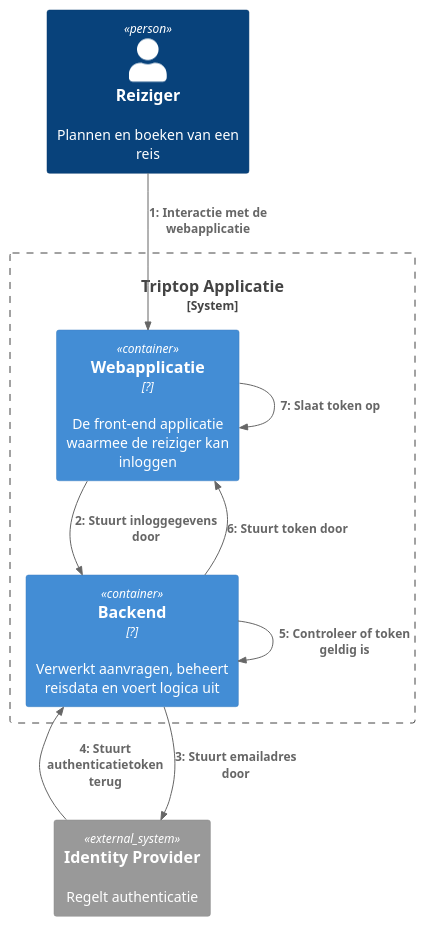
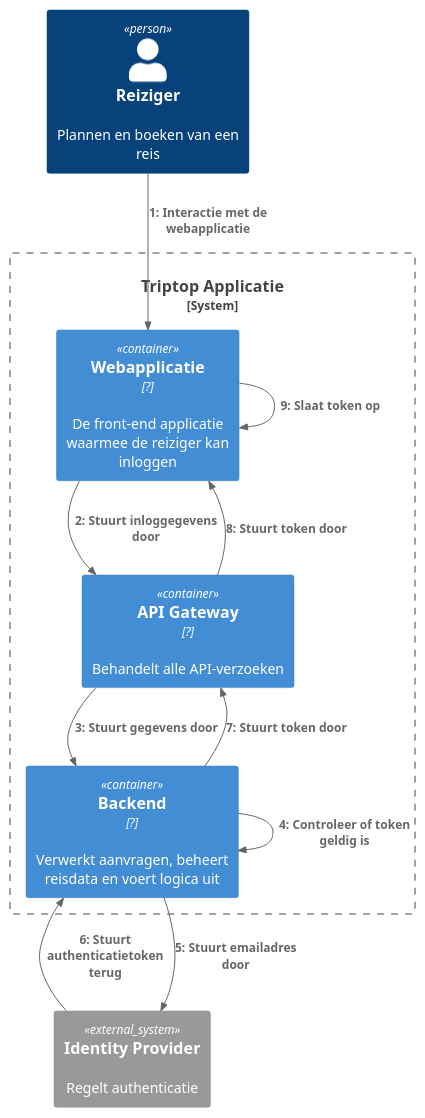
The diagram in opdracht-diagrammen/C4 Container/Dynamic/C4 Container dynamic diagram Inloggen - Cas.puml (AIM-ENE-feb25/triptop-groep-3), drawn with PlantUML before and after one commit. The commit also changed 3 other files, not shown here.

```diff
--- a/opdracht-diagrammen/C4 Container/Dynamic/C4 Container dynamic diagram Inloggen - Cas.puml
+++ b/opdracht-diagrammen/C4 Container/Dynamic/C4 Container dynamic diagram Inloggen - Cas.puml
@@ -1,24 +1,29 @@
 @startuml
 !include https://raw.githubusercontent.com/plantuml-stdlib/C4-PlantUML/master/C4_Dynamic.puml
 
 LAYOUT_TOP_DOWN()
 
 Person(Traveler, "Reiziger", "Plannen en boeken van een reis")
 
 System_Boundary(s1, "Triptop Applicatie") {
     Container(Frontend, "Webapplicatie", "?", "De front-end applicatie waarmee de reiziger kan inloggen")
     Container(Backend, "Backend", "?", "Verwerkt aanvragen, beheert reisdata en voert logica uit")
+    Container(ApiGateway, "API Gateway", "?", "Behandelt alle API-verzoeken")
 }
 
 System_Ext(IdentityProvider, "Identity Provider", "Regelt authenticatie")
 
 Rel(Traveler, Frontend, "Interactie met de webapplicatie")
-Rel(Frontend, Backend, "Stuurt inloggegevens door")
+
+Rel(Frontend, ApiGateway, "Stuurt inloggegevens door")
+Rel(ApiGateway, Backend, Stuurt gegevens door)
+Rel(Backend, Backend, Controleer of token geldig is)
+
 Rel(Backend, IdentityProvider, Stuurt emailadres door)
 Rel(IdentityProvider, Backend, "Stuurt authenticatietoken terug")
-Rel(Backend, Backend, Controleer of token geldig is)
-Rel(Backend, Frontend, Stuurt token door)
+Rel(Backend, ApiGateway, Stuurt token door)
+Rel(ApiGateway, Frontend, Stuurt token door)
 Rel(Frontend, Frontend, Slaat token op)
 
 
 @enduml
```
